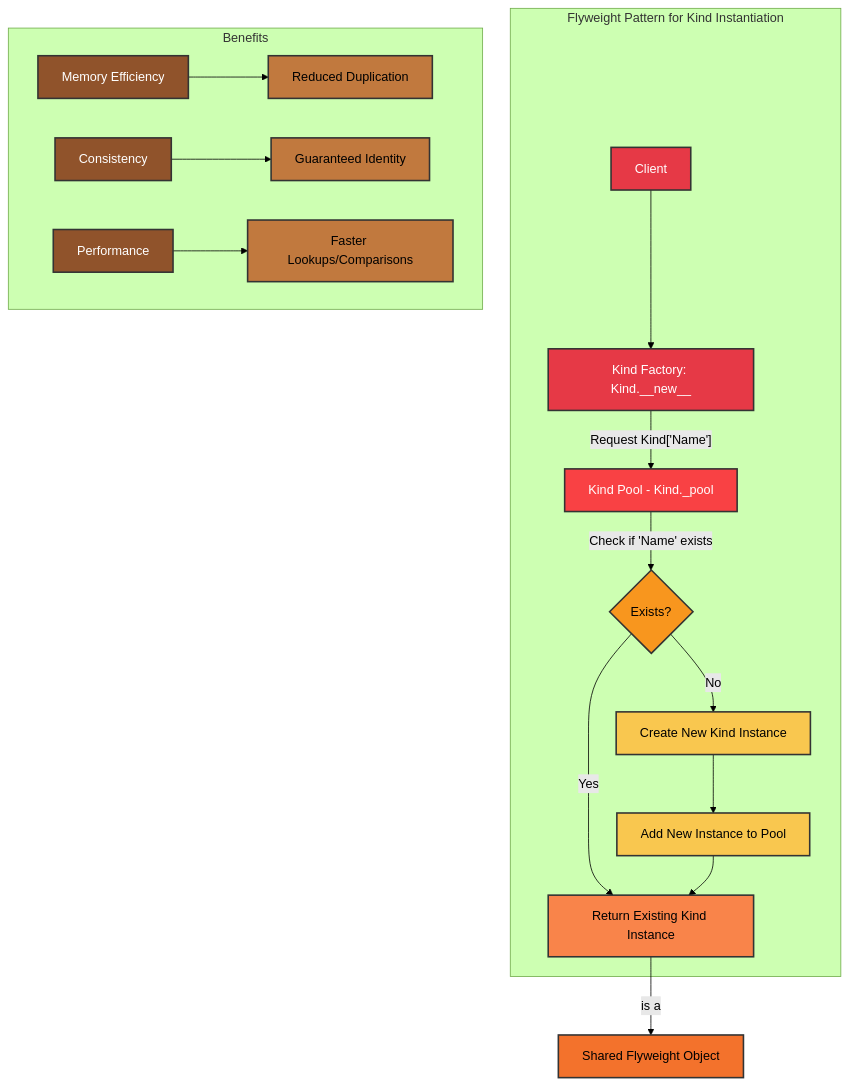
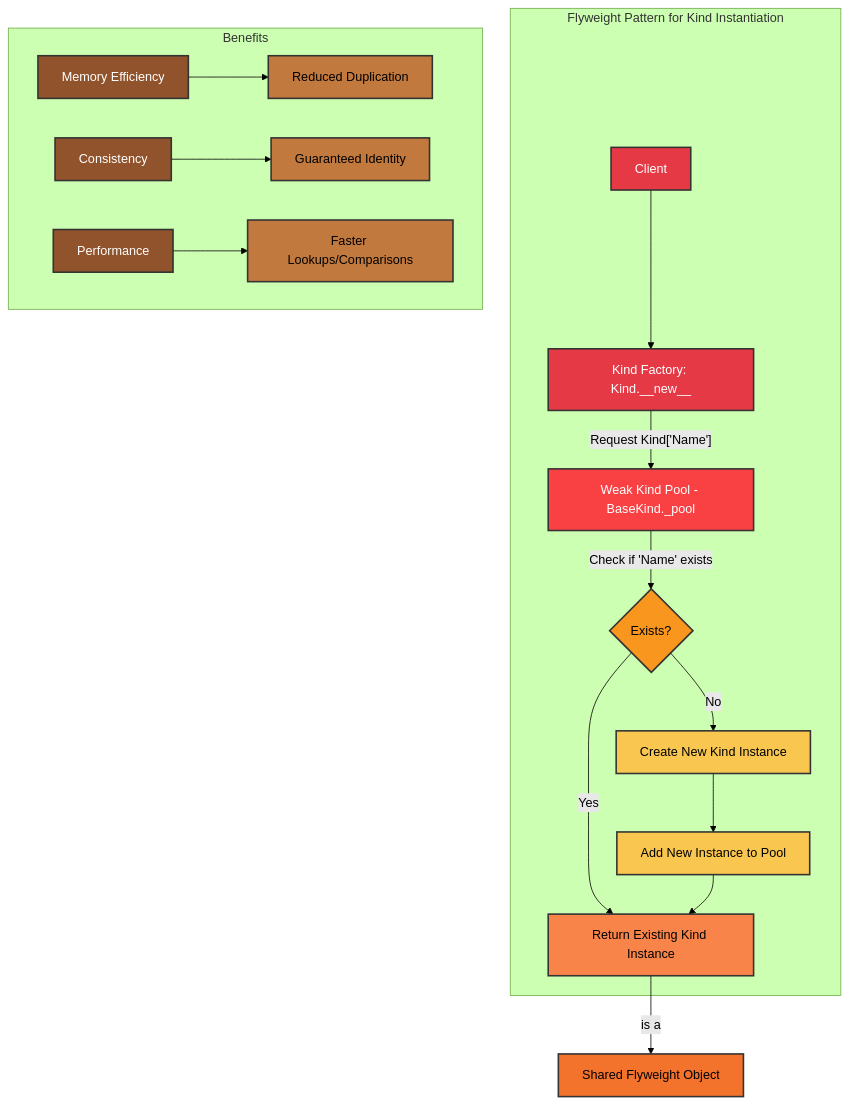
Before and after one commit to ikko/kind: the diagram in docs/topics/2_flyweight_design/flyweight_pattern.mmd, drawn with Mermaid (forest theme). The commit also changed 62 other files, not shown here.

```diff
--- a/docs/topics/2_flyweight_design/flyweight_pattern.mmd
+++ b/docs/topics/2_flyweight_design/flyweight_pattern.mmd
@@ -1,36 +1,36 @@
 graph TB
     subgraph "Flyweight Pattern for Kind Instantiation"
         A[Client] --> B[Kind Factory: Kind.__new__];
-        B -- "Request Kind['Name']" --> C[Kind Pool - Kind._pool];
+        B -- "Request Kind['Name']" --> C[Weak Kind Pool - BaseKind._pool];
         C -- "Check if 'Name' exists" --> D{Exists?};
         D -- "Yes" --> E[Return Existing Kind Instance];
         D -- "No" --> F[Create New Kind Instance];
         F --> G[Add New Instance to Pool];
         G --> E;
     end
 
     subgraph "Benefits"
         H[Memory Efficiency] --> I[Reduced Duplication];
         J[Consistency] --> K[Guaranteed Identity];
         L[Performance] --> M[Faster Lookups/Comparisons];
     end
 
     E -- "is a" --> N[Shared Flyweight Object];
 
     %% Main process flow - warm red/orange tones
     style A fill:#e63946,stroke:#333,stroke-width:2px,color:#FFFFFF;
     style B fill:#e63946,stroke:#333,stroke-width:2px,color:#FFFFFF;
     style C fill:#f94144,stroke:#333,stroke-width:2px,color:#FFFFFF;
     style D fill:#f8961e,stroke:#333,stroke-width:2px,color:#000000;
     style E fill:#f9844a,stroke:#333,stroke-width:2px,color:#000000;
     style F fill:#f9c74f,stroke:#333,stroke-width:2px,color:#000000;
     style G fill:#f9c74f,stroke:#333,stroke-width:2px,color:#000000;
     style N fill:#f3722c,stroke:#333,stroke-width:2px,color:#000000;
 
     %% Benefits section - warm purple/brown tones
     style H fill:#90532b,stroke:#333,stroke-width:2px,color:#FFFFFF;
     style I fill:#c1793e,stroke:#333,stroke-width:2px,color:#000000;
     style J fill:#90532b,stroke:#333,stroke-width:2px,color:#FFFFFF;
     style K fill:#c1793e,stroke:#333,stroke-width:2px,color:#000000;
     style L fill:#90532b,stroke:#333,stroke-width:2px,color:#FFFFFF;
     style M fill:#c1793e,stroke:#333,stroke-width:2px,color:#000000;
```
